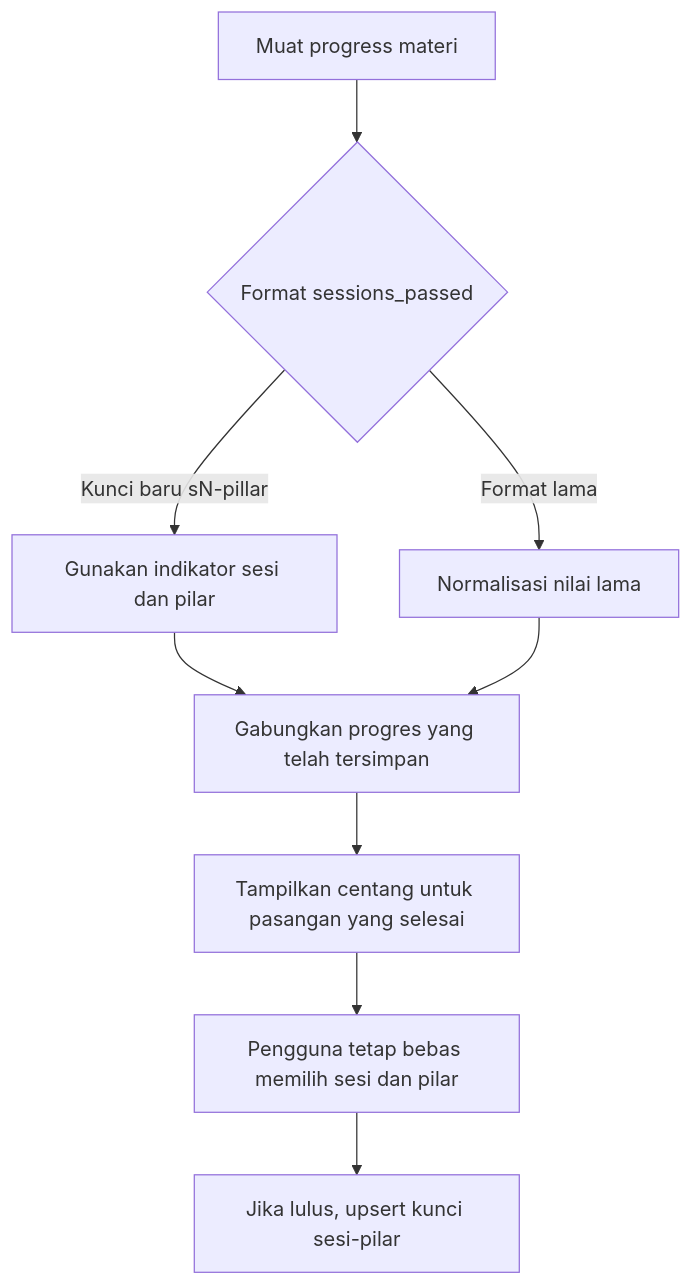
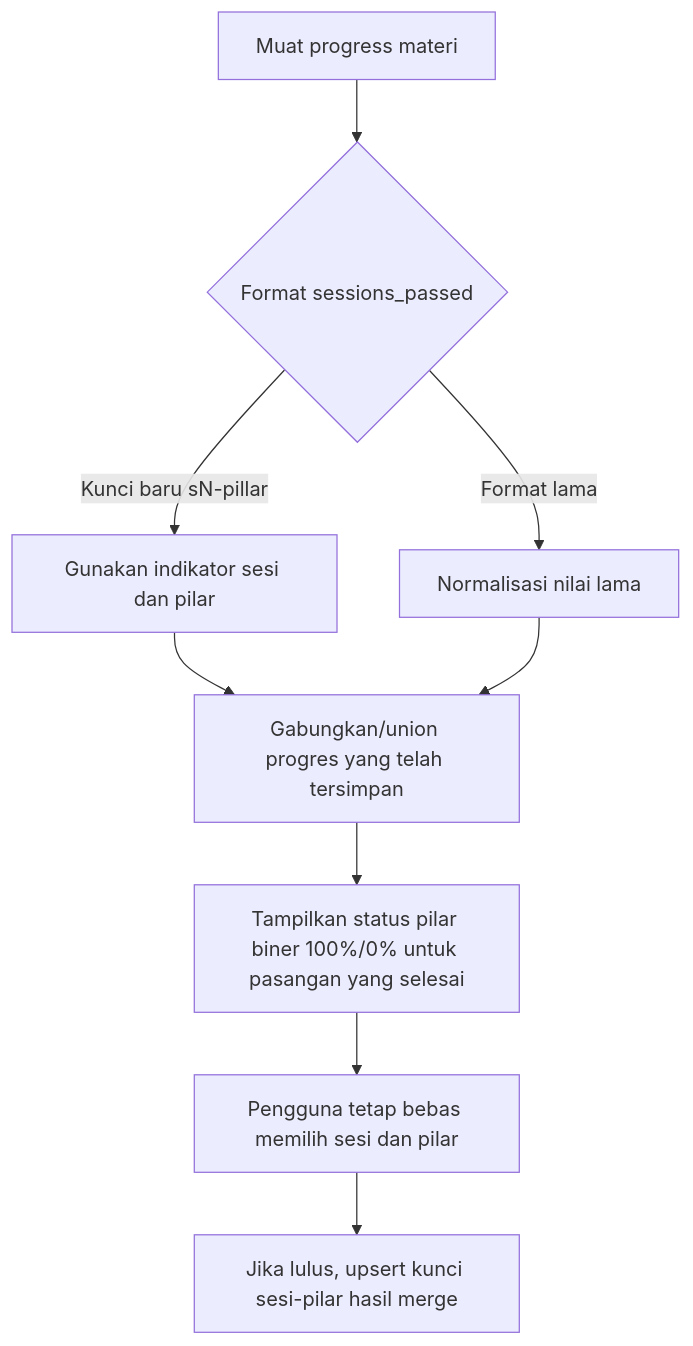
The ninth of 18 diagrams in FLOWCHART.md (nandayudhistirawibowo/NdUniverse), drawn with Mermaid before and after one commit. The commit also changed other lines of this file and 11 other files, not shown here.

````diff
--- a/FLOWCHART.md
+++ b/FLOWCHART.md
@@ -156,11 +156,11 @@
 ```mermaid
 flowchart TD
     A[Muat progress materi] --> B{Format sessions_passed}
     B -->|Kunci baru sN-pillar| C[Gunakan indikator sesi dan pilar]
     B -->|Format lama| D[Normalisasi nilai lama]
-    C --> E[Gabungkan progres yang telah tersimpan]
+    C --> E[Gabungkan/union progres yang telah tersimpan]
     D --> E
-    E --> F[Tampilkan centang untuk pasangan yang selesai]
+    E --> F[Tampilkan status pilar biner 100%/0% untuk pasangan yang selesai]
     F --> G[Pengguna tetap bebas memilih sesi dan pilar]
-    G --> H[Jika lulus, upsert kunci sesi-pilar]
+    G --> H[Jika lulus, upsert kunci sesi-pilar hasil merge]
 ```
````
